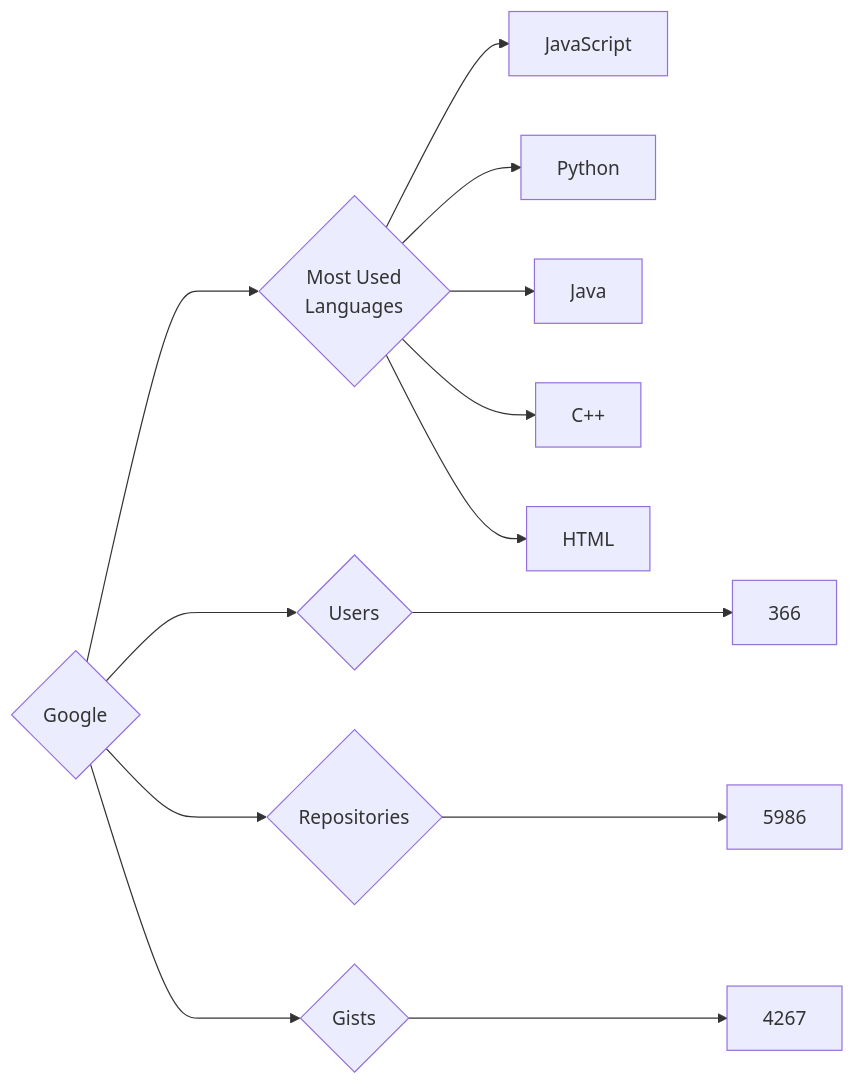
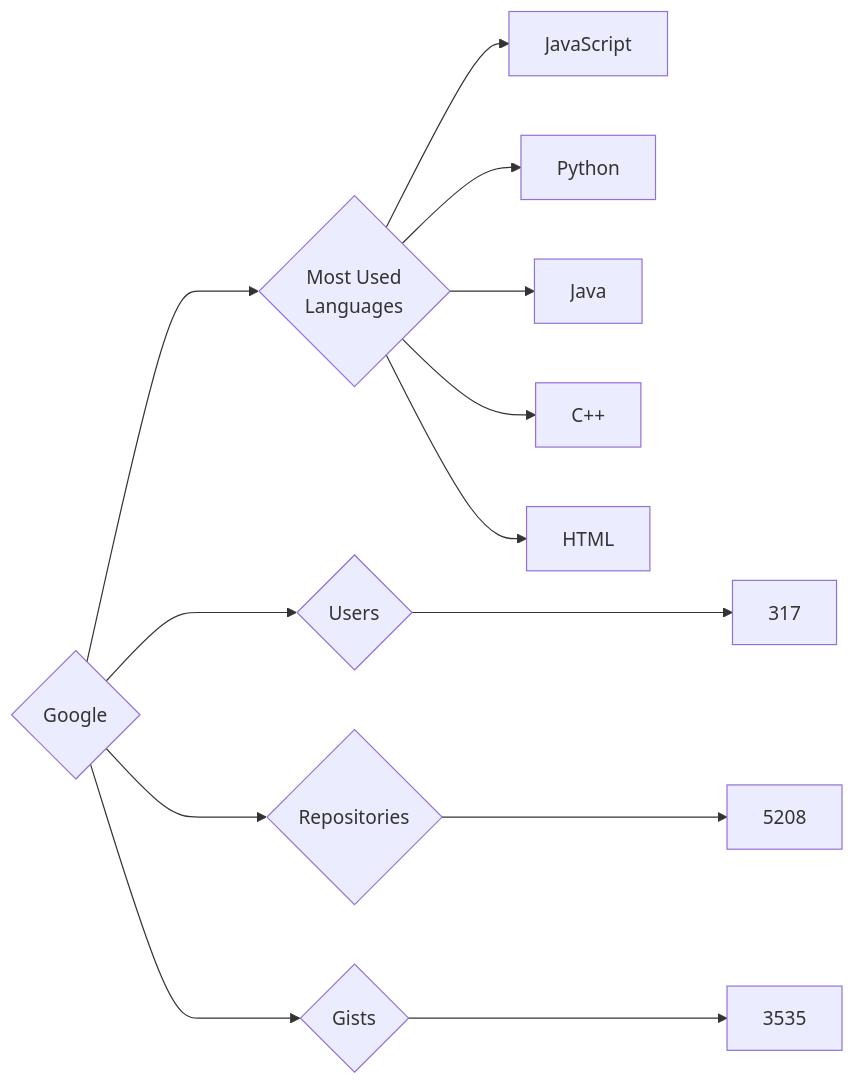
Before and after one commit to trickest/insiders: the diagram in targets/Google/README.md, drawn with Mermaid. The commit also changed 882 other files, not shown here.

````diff
--- a/targets/Google/README.md
+++ b/targets/Google/README.md
@@ -3,13 +3,13 @@
 ```mermaid
 graph LR
 COMPANY_NAME{Google}
-COMPANY_NAME ---> U{Users} ---> UN[366]
-COMPANY_NAME ---> R{Repositories} ---> RN[5986]
-COMPANY_NAME ---> G{Gists} ---> GN[4267]
+COMPANY_NAME ---> U{Users} ---> UN[317]
+COMPANY_NAME ---> R{Repositories} ---> RN[5208]
+COMPANY_NAME ---> G{Gists} ---> GN[3535]
 COMPANY_NAME ---> ML{Most Used<br>Languages}
 ML --> JavaScript[JavaScript]
 ML --> Python[Python]
 ML --> Java[Java]
 ML --> C++[C++]
 ML --> HTML[HTML]
 ```
````
